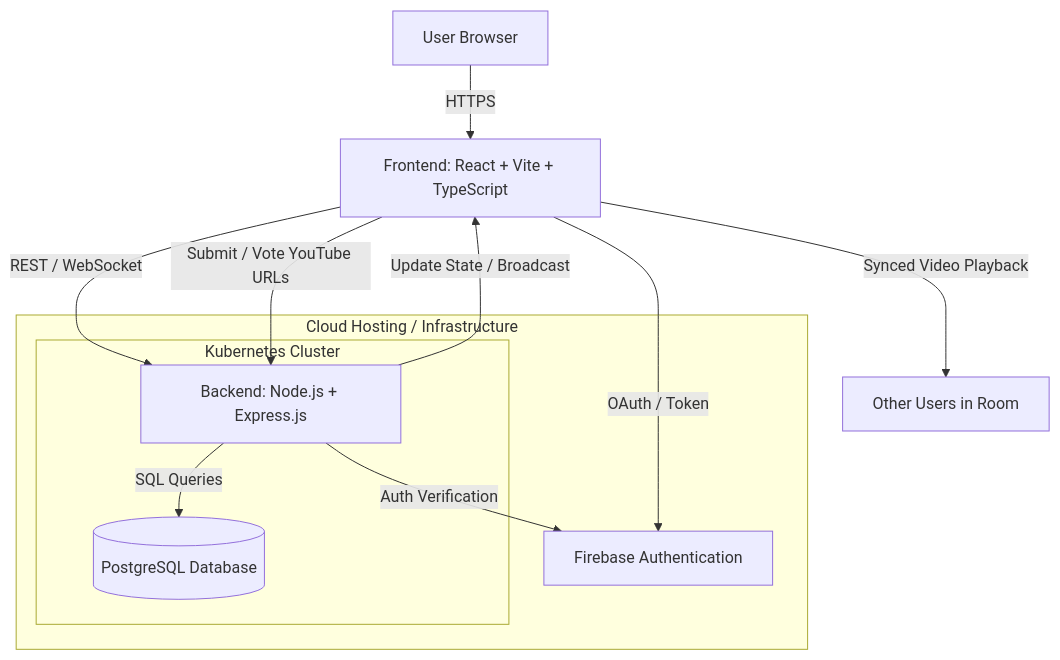
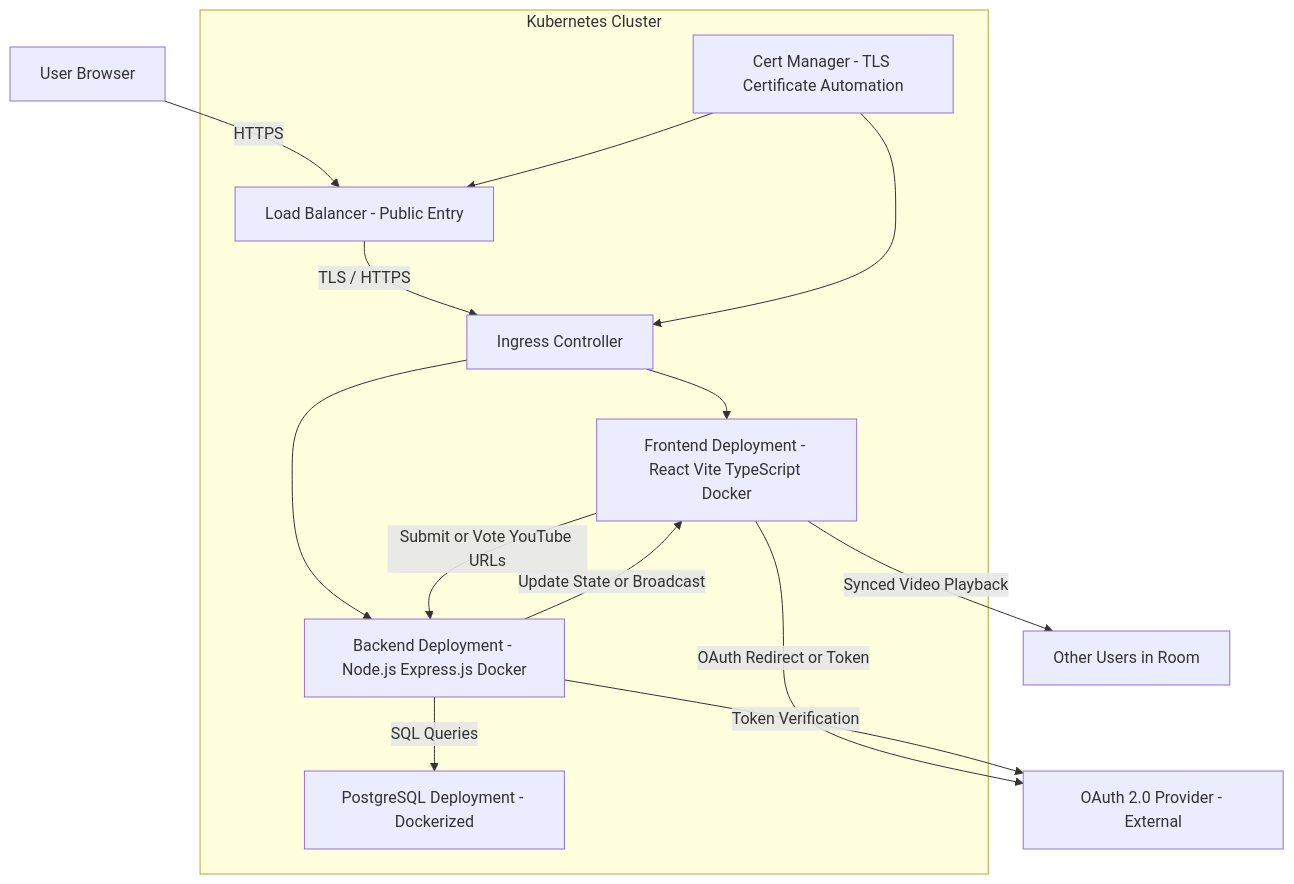
The diagram in project-proposal-template.md (K4ffeMan/m7011e), drawn with Mermaid before and after one commit. The commit also changed other lines of this file, not shown here.

Commit message:
Weekend time, proposal done

````diff
--- a/project-proposal-template.md
+++ b/project-proposal-template.md
@@ -43,33 +43,37 @@
 ```mermaid
 graph TD
-    %% User Layer
-    A[User Browser] -->|HTTPS| B[Frontend: React + Vite + TypeScript]
+    %% User Access
+    Browser[User Browser] -->|HTTPS| LB[Load Balancer - Public Entry]
 
-    %% Frontend Layer
-    B -->|REST / WebSocket| C[Backend: Node.js + Express.js]
+    %% TLS Termination
+    LB -->|TLS / HTTPS| ingress[Ingress Controller]
 
-    %% Authentication
-    B -->|OAuth / Token| D[Firebase Authentication]
+        
+    %% Services route to Deployments
+    ingress --> frontend[Frontend Deployment - React Vite TypeScript Docker]
+    ingress --> backend[Backend Deployment - Node.js Express.js Docker]
+    backend -->|SQL Queries| sql[PostgreSQL Deployment - Dockerized]
 
-    %% Backend Layer
-    C -->|SQL Queries| E[(PostgreSQL Database)]
-    C -->|Auth Verification| D
+    %% External Authentication
+    frontend -->|OAuth Redirect or Token| auth[OAuth 2.0 Provider - External]
+    backend -->|Token Verification| auth
+
+    %% TLS Management
+    Cert[Cert Manager - TLS Certificate Automation] --> LB
+    Cert --> ingress
 
     %% Kubernetes Cluster
     subgraph K[Kubernetes Cluster]
-        C
-        E
+        LB
+        ingress
+        frontend
+        backend
+        sql
+        Cert
     end
 
-    %% Cloud Hosting
-    subgraph Cloud[Cloud Hosting / Infrastructure]
-        K
-        D
-    end
-
-    %% Room Interaction (not a subgraph, just logical flow)
-    B -->|Submit / Vote YouTube URLs| C
-    C -->|Update State / Broadcast| B
-    B -->|Synced Video Playback| B2[Other Users in Room]
-
+    %% Application Logic
+    frontend -->|Submit or Vote YouTube URLs| backend
+    backend -->|Update State or Broadcast| frontend
+    frontend -->|Synced Video Playback| B2[Other Users in Room]
 ```
````
